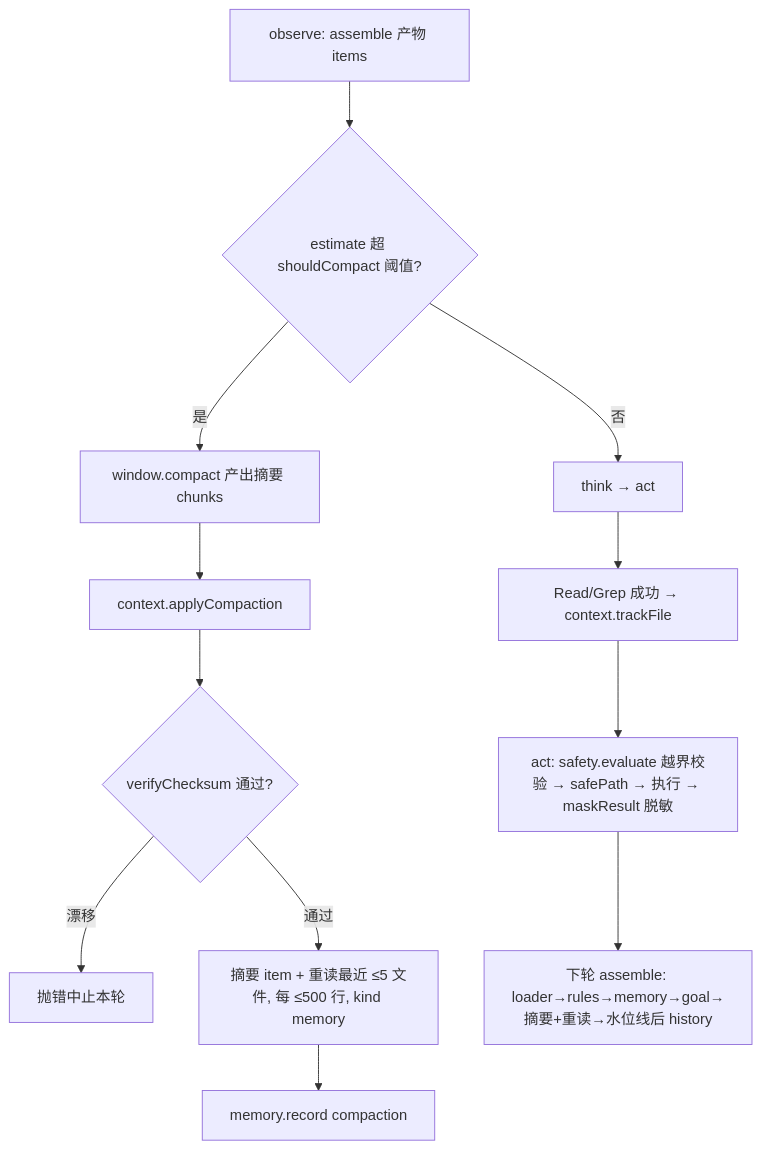
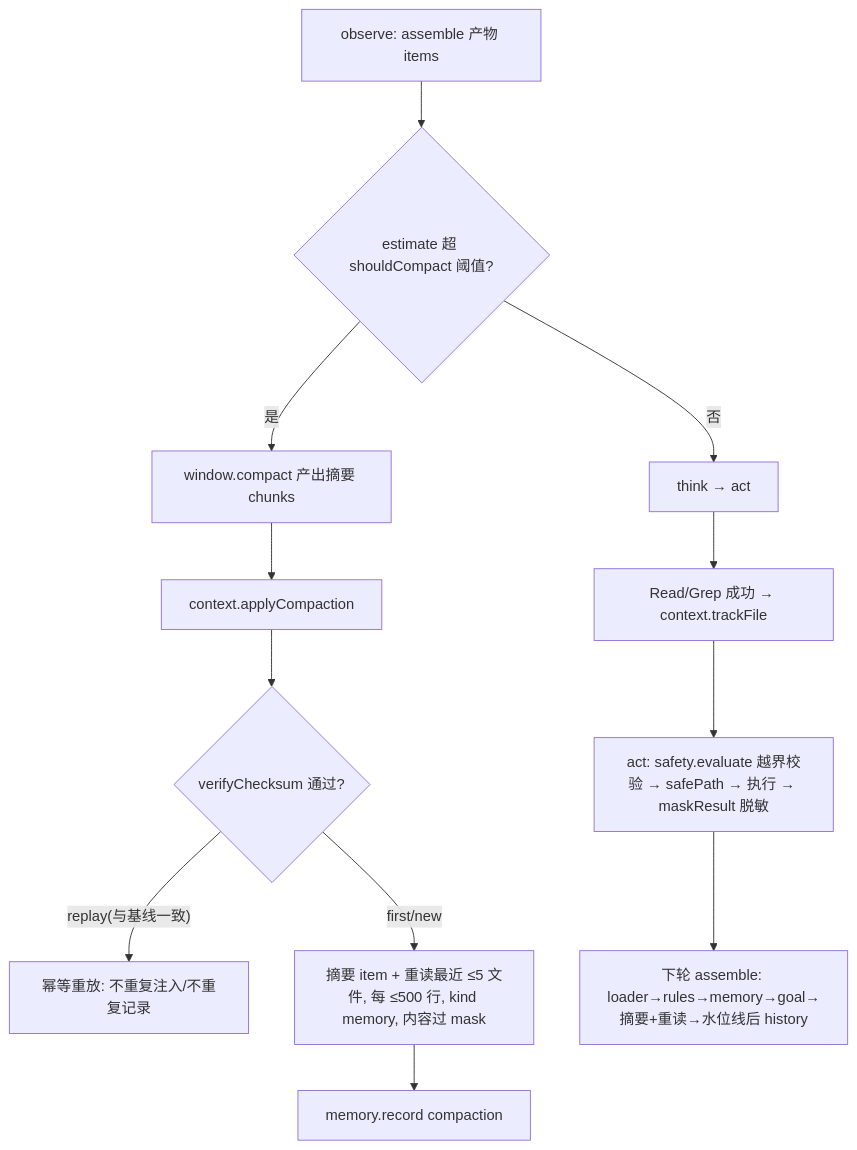
The diagram in docs/superpowers/specs/2026-09-04-harness-spine-1b-depth-design.md (searchforsun/sunshinex), drawn with Mermaid before and after one commit. The commit also changed other lines of this file and 1 other file, not shown here.

````diff
--- a/docs/superpowers/specs/2026-09-04-harness-spine-1b-depth-design.md
+++ b/docs/superpowers/specs/2026-09-04-harness-spine-1b-depth-design.md
@@ -106,14 +108,14 @@
 ```mermaid
 flowchart TB
   A[observe: assemble 产物 items] --> B{estimate 超 shouldCompact 阈值?}
   B -- 否 --> C[think → act]
   B -- 是 --> D[window.compact 产出摘要 chunks]
   D --> E[context.applyCompaction]
   E --> F{verifyChecksum 通过?}
-  F -- 漂移 --> G[抛错中止本轮]
-  F -- 通过 --> H[摘要 item + 重读最近 ≤5 文件, 每 ≤500 行, kind memory]
+  F -- replay(与基线一致) --> G[幂等重放: 不重复注入/不重复记录]
+  F -- first/new --> H[摘要 item + 重读最近 ≤5 文件, 每 ≤500 行, kind memory, 内容过 mask]
   H --> I[memory.record compaction]
   C --> J[Read/Grep 成功 → context.trackFile]
   J --> K[act: safety.evaluate 越界校验 → safePath → 执行 → maskResult 脱敏]
   K --> L[下轮 assemble: loader→rules→memory→goal→摘要+重读→水位线后 history]
 ```
````
